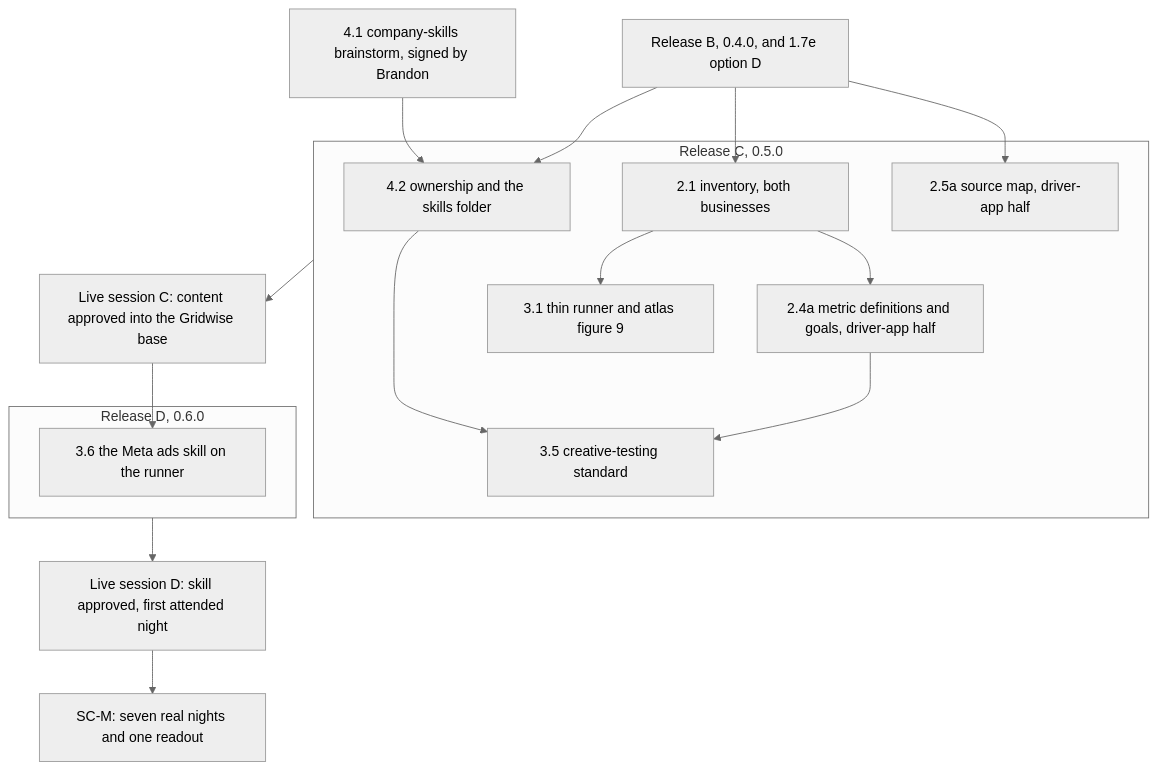
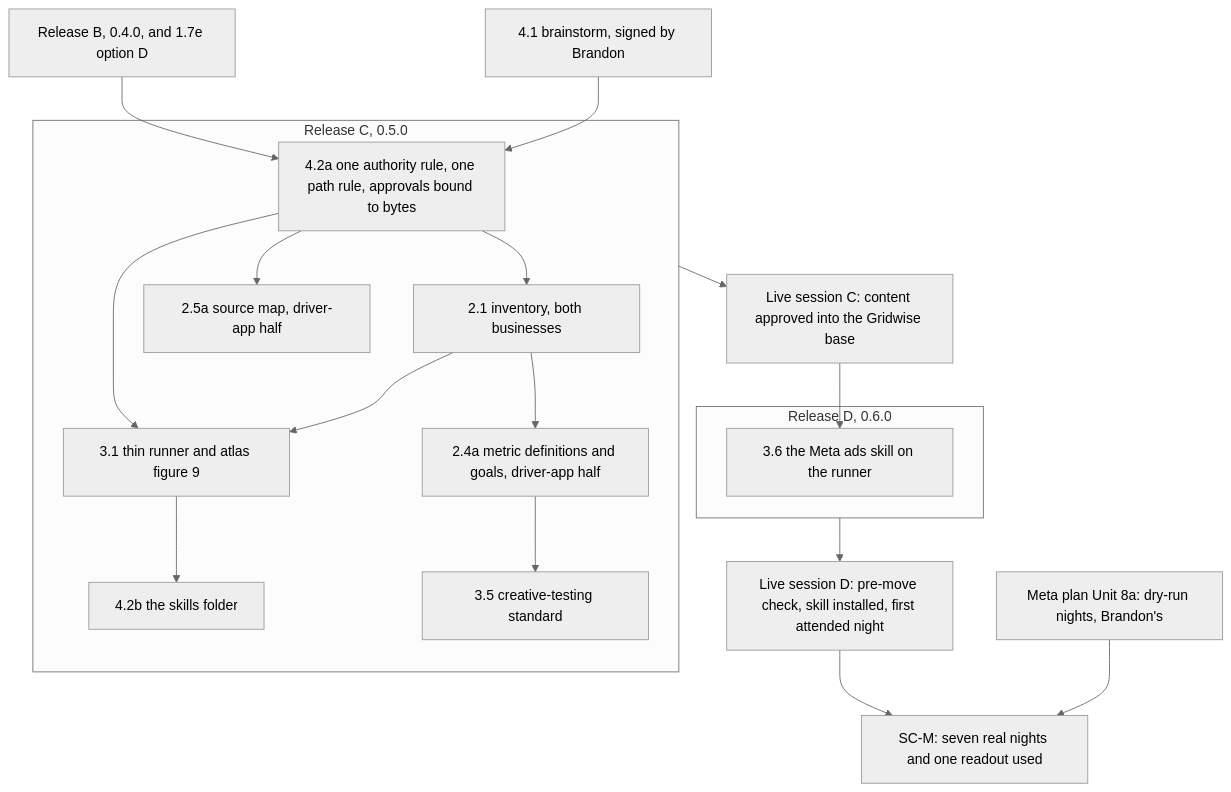
One commit to brandon-sellers13/gtm-base changed the first of 2 diagrams in docs/plans/2026-10-10-002-feat-plan-1-company-skills-and-meta-skill-plan.md. Above: the diagram before and after it, drawn with Mermaid (neutral theme). The commit also changed other lines of this file and 2 other files, not shown here.

First line of the commit message:
docs: Plan 1 revision 2, Astra's review of revision 1 folded in

````diff
--- a/docs/plans/2026-10-10-002-feat-plan-1-company-skills-and-meta-skill-plan.md
+++ b/docs/plans/2026-10-10-002-feat-plan-1-company-skills-and-meta-skill-plan.md
@@ -222,26 +262,29 @@
 ```mermaid
 flowchart TB
-    RB[Release B, 0.4.0, and 1.7e option D] --> U42
-    U41[4.1 company-skills brainstorm, signed by Brandon] --> U42
-    RB --> U21
-    RB --> U25
+    U41[4.1 brainstorm, signed by Brandon] --> U42a
+    RB[Release B, 0.4.0, and 1.7e option D] --> U42a
     subgraph RC[Release C, 0.5.0]
-        U42[4.2 ownership and the skills folder]
+        U42a[4.2a one authority rule, one path rule, approvals bound to bytes]
         U21[2.1 inventory, both businesses]
         U25[2.5a source map, driver-app half]
         U31[3.1 thin runner and atlas figure 9]
+        U42b[4.2b the skills folder]
         U24[2.4a metric definitions and goals, driver-app half]
         U35[3.5 creative-testing standard]
     end
+    U42a --> U21
+    U42a --> U25
     U21 --> U31
+    U42a --> U31
+    U31 --> U42b
     U21 --> U24
     U24 --> U35
-    U42 --> U35
     RC --> LC[Live session C: content approved into the Gridwise base]
     LC --> U36
     subgraph RD[Release D, 0.6.0]
         U36[3.6 the Meta ads skill on the runner]
     end
-    RD --> LD[Live session D: skill approved, first attended night]
-    LD --> SCM[SC-M: seven real nights and one readout]
+    M8a[Meta plan Unit 8a: dry-run nights, Brandon's] --> SCM
+    RD --> LD[Live session D: pre-move check, skill installed, first attended night]
+    LD --> SCM[SC-M: seven real nights and one readout used]
 ```
````
